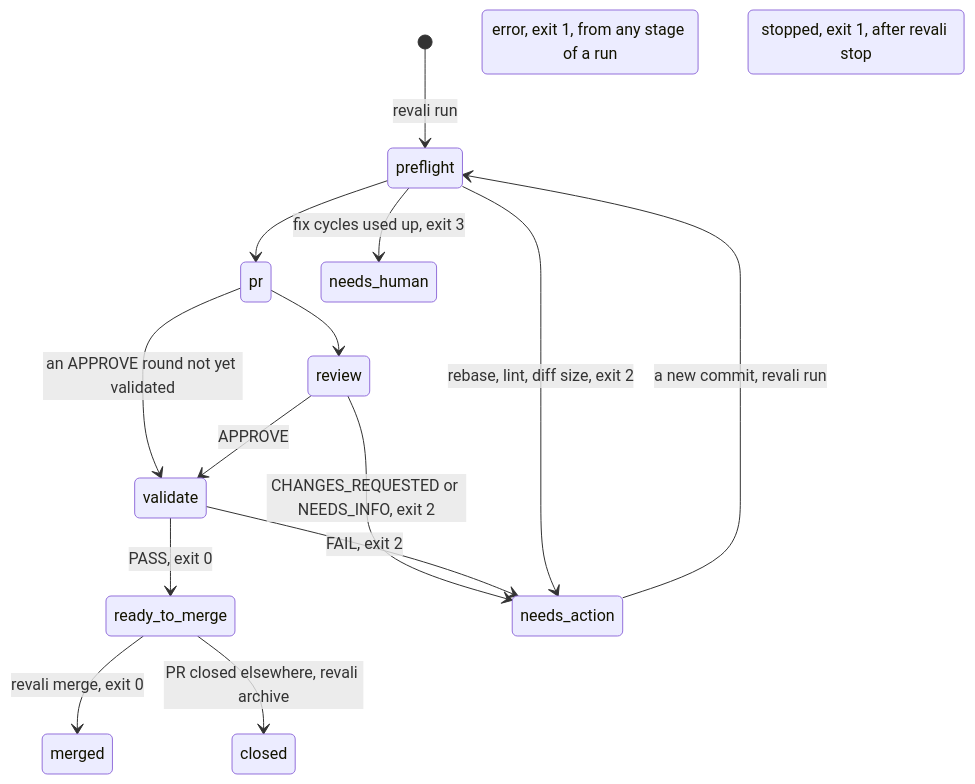
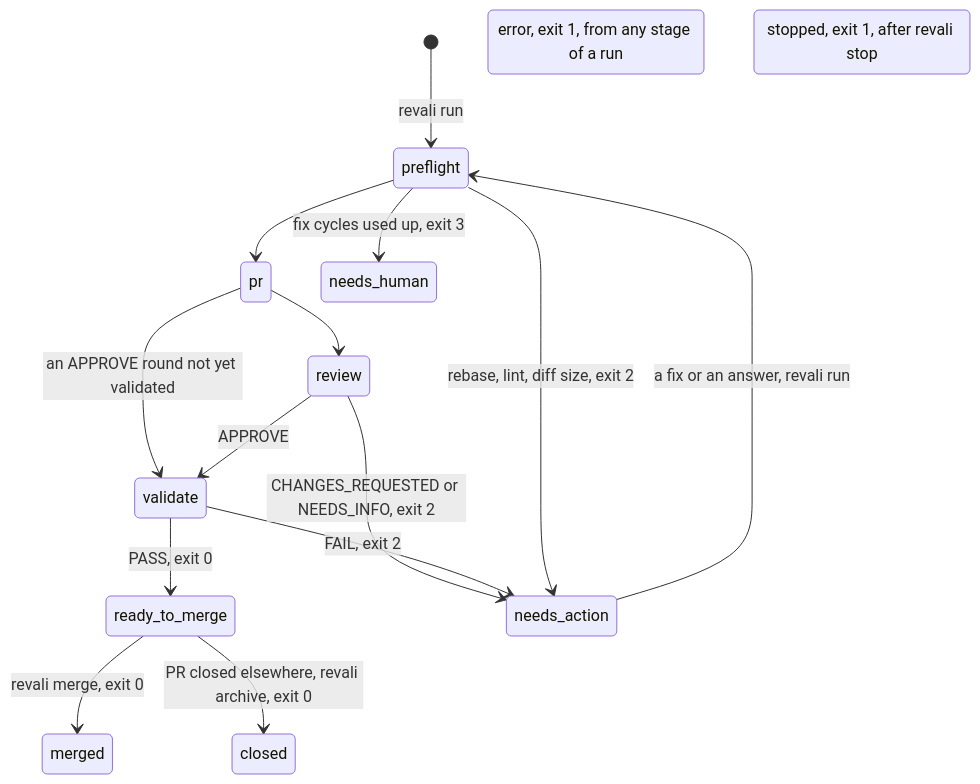
Before and after one commit to ianmhuang/revali: the diagram in docs/workflow.md, drawn with Mermaid. The commit also changed other lines of this file and 3 other files, not shown here.

First line of the commit message:
Give closed its exit code, link the Workflow section, fix two diagram lines

````diff
--- a/docs/workflow.md
+++ b/docs/workflow.md
@@ -126,18 +127,18 @@
 ```mermaid
 stateDiagram-v2
     [*] --> preflight: revali run
     preflight --> pr
     pr --> review
     pr --> validate: an APPROVE round not yet validated
     review --> validate: APPROVE
     validate --> ready_to_merge: PASS, exit 0
     review --> needs_action: CHANGES_REQUESTED or NEEDS_INFO, exit 2
     validate --> needs_action: FAIL, exit 2
     preflight --> needs_action: rebase, lint, diff size, exit 2
     preflight --> needs_human: fix cycles used up, exit 3
-    needs_action --> preflight: a new commit, revali run
+    needs_action --> preflight: a fix or an answer, revali run
     ready_to_merge --> merged: revali merge, exit 0
-    ready_to_merge --> closed: PR closed elsewhere, revali archive
+    ready_to_merge --> closed: PR closed elsewhere, revali archive, exit 0
     error : error, exit 1, from any stage of a run
     stopped : stopped, exit 1, after revali stop
 ```
````
